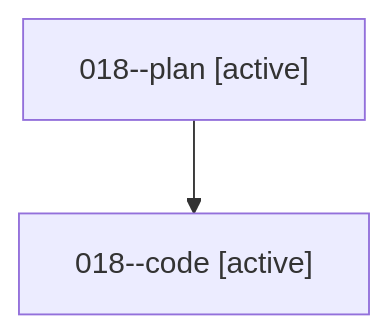
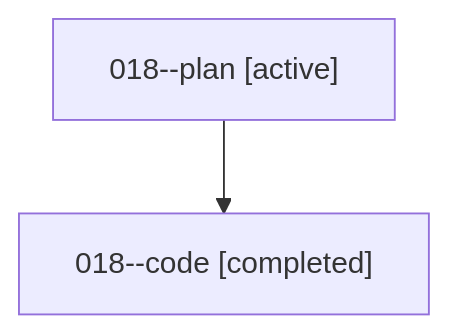
The diagram in families/bbugyi200.athena.018.md (sase-org/sase--agents), drawn with Mermaid before and after one commit. The commit also changed other lines of this file and 35830 other files, not shown here.

````diff
--- a/families/bbugyi200.athena.018.md
+++ b/families/bbugyi200.athena.018.md
@@ -9,6 +9,6 @@
 ```mermaid
 flowchart TD
   n0["018--plan [active]"]
-  n1["018--code [active]"]
+  n1["018--code [completed]"]
   n0 --> n1
 ```
````
